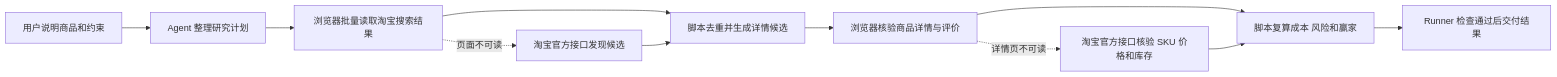
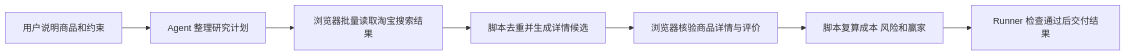
The diagram in README.md (AIALRA-0/AIALRA-TAOBAO-PRICE-RESEARCH), drawn with Mermaid before and after one commit. The commit also changed other lines of this file and 13 other files, not shown here.

````diff
--- a/README.md
+++ b/README.md
@@ -15,13 +15,9 @@
 ```mermaid
 flowchart LR
     A["用户说明商品和约束"] --> B["Agent 整理研究计划"]
     B --> C["浏览器批量读取淘宝搜索结果"]
-    C -. "页面不可读" .-> D["淘宝官方接口发现候选"]
-    C --> E["脚本去重并生成详情候选"]
-    D --> E
-    E --> F["浏览器核验商品详情与评价"]
-    F -. "详情页不可读" .-> G["淘宝官方接口核验 SKU 价格和库存"]
-    F --> H["脚本复算成本 风险和赢家"]
-    G --> H
-    H --> I["Runner 检查通过后交付结果"]
+    C --> D["脚本去重并生成详情候选"]
+    D --> E["浏览器核验商品详情与评价"]
+    E --> F["脚本复算成本 风险和赢家"]
+    F --> G["Runner 检查通过后交付结果"]
 ```
````
